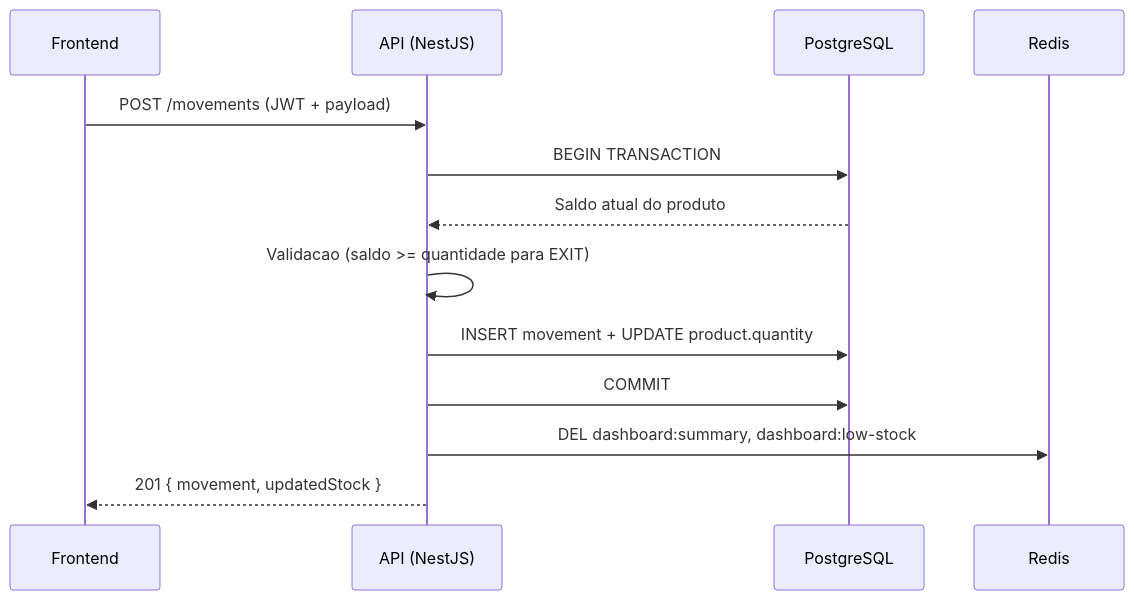
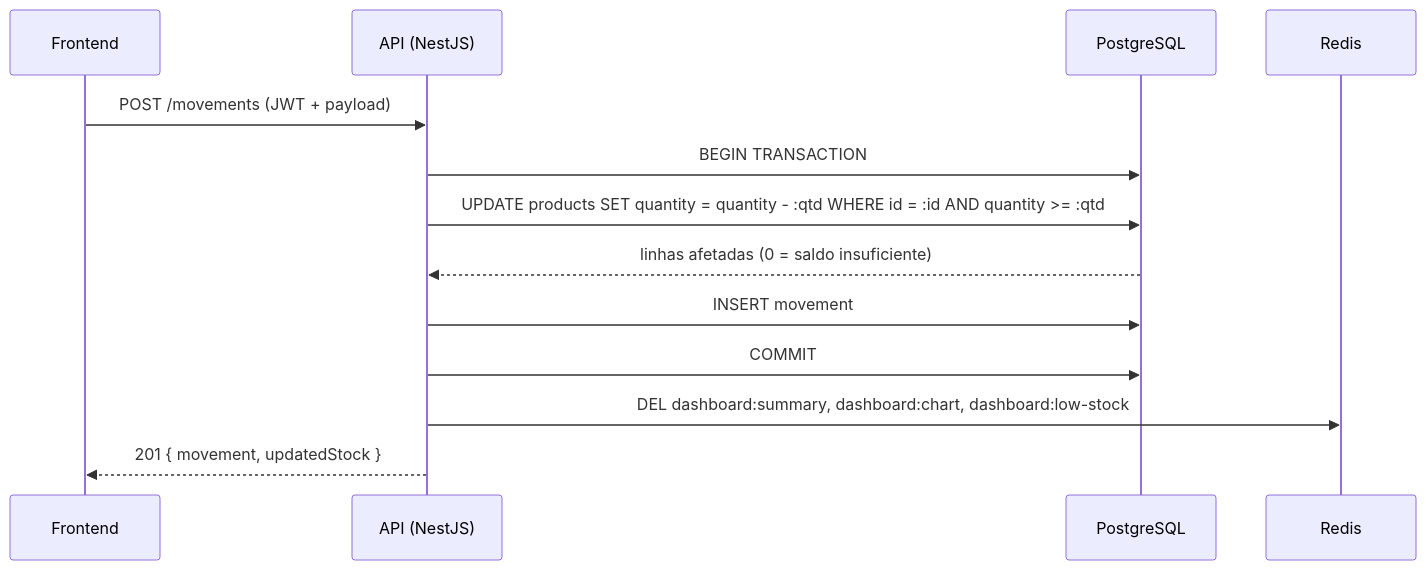
One commit to gabriellqv/stocksnap changed the second of 2 diagrams in README.md. Above: the diagram before and after it, drawn with Mermaid. The commit also changed other lines of this file, not shown here.

````diff
--- a/README.md
+++ b/README.md
@@ -56,16 +56,16 @@
 ```mermaid
 sequenceDiagram
     participant F as Frontend
     participant A as API (NestJS)
     participant P as PostgreSQL
     participant R as Redis
 
     F->>A: POST /movements (JWT + payload)
     A->>P: BEGIN TRANSACTION
-    P-->>A: Saldo atual do produto
-    A->>A: Validacao (saldo >= quantidade para EXIT)
-    A->>P: INSERT movement + UPDATE product.quantity
+    A->>P: UPDATE products SET quantity = quantity - :qtd WHERE id = :id AND quantity >= :qtd
+    P-->>A: linhas afetadas (0 = saldo insuficiente)
+    A->>P: INSERT movement
     A->>P: COMMIT
-    A->>R: DEL dashboard:summary, dashboard:low-stock
+    A->>R: DEL dashboard:summary, dashboard:chart, dashboard:low-stock
     A-->>F: 201 { movement, updatedStock }
 ```
````
